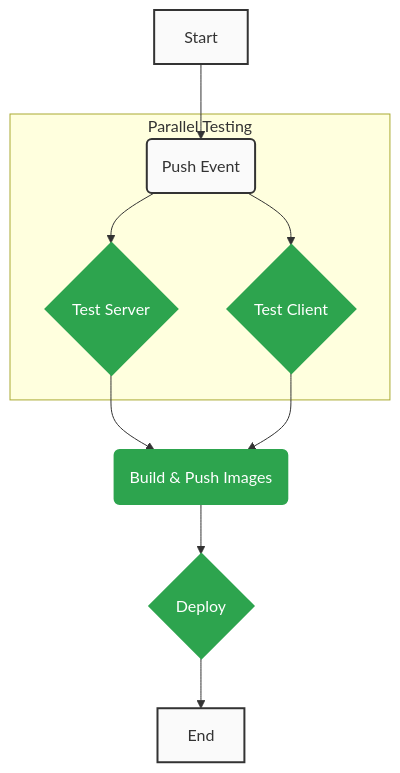
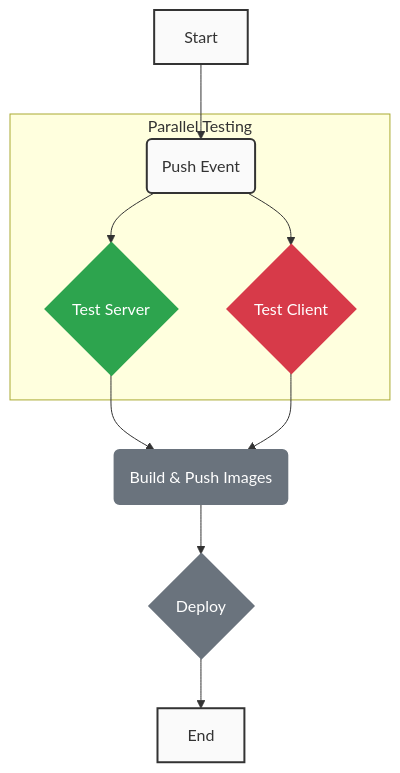
Before and after one commit to user73730102/code-snippet: the diagram in README.md, drawn with Mermaid.

Commit message:
docs(readme): update pipeline status flowchart [skip ci]

````diff
--- a/README.md
+++ b/README.md
@@ -15,29 +15,29 @@
 ```mermaid
 graph TD
     %% Define styles
     classDef default fill:#fafafa,stroke:#333,stroke-width:2px,color:#333
     classDef success fill:#2da44e,stroke:#2da44e,stroke-width:2px,color:#fff
     classDef failure fill:#d73a49,stroke:#d73a49,stroke-width:2px,color:#fff
     classDef running fill:#dbab09,stroke:#dbab09,stroke-width:2px,color:#fff
     classDef skipped fill:#6a737d,stroke:#6a737d,stroke-width:2px,color:#fff
 
     %% Define the new, complete flowchart structure
     A[Start] --> B(Push Event);
     subgraph "Parallel Testing"
         B --> C{Test Server};
         B --> D{Test Client};
     end
     C --> E(Build & Push Images);
     D --> E;
     E --> F{Deploy};
     F --> G[End];
 
     %% Apply default styles to each node individually
     class A default;
     class B default;
     class C success;
-    class D success;
-    class E success;
-    class F success;
+    class D failure;
+    class E skipped;
+    class F skipped;
     class G default;
 ```
````
